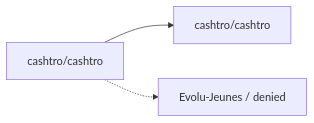
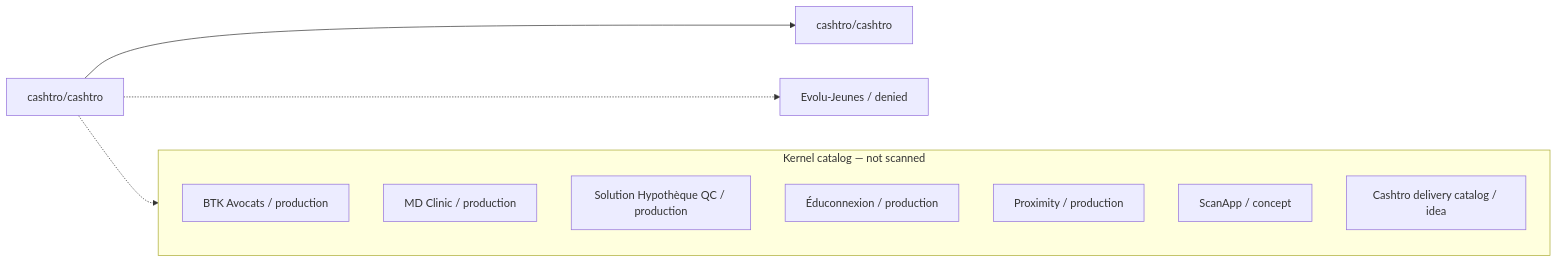
One commit to cashtro/cashtro changed the diagram in inventory/GRAPH.md. Above: the diagram before and after it, drawn with Mermaid. The commit also changed 8 other files, not shown here.

````diff
--- a/inventory/GRAPH.md
+++ b/inventory/GRAPH.md
@@ -3,8 +3,18 @@
 ```mermaid
 flowchart LR
   manager[cashtro/cashtro]
   cashtro[cashtro/cashtro]
   manager --> cashtro
   Evolu_Jeunes_dark[Evolu-Jeunes / denied]
   manager -.-> Evolu_Jeunes_dark
+  subgraph catalog[Kernel catalog — not scanned]
+    cat_BTK_Avocats[BTK Avocats / production]
+    cat_MD_Clinic[MD Clinic / production]
+    cat_Solution_Hypoth_que_QC[Solution Hypothèque QC / production]
+    cat__duconnexion[Éduconnexion / production]
+    cat_Proximity[Proximity / production]
+    cat_ScanApp[ScanApp / concept]
+    cat_Cashtro_delivery_catalog[Cashtro delivery catalog / idea]
+  end
+  manager -.-> catalog
 ```
````
